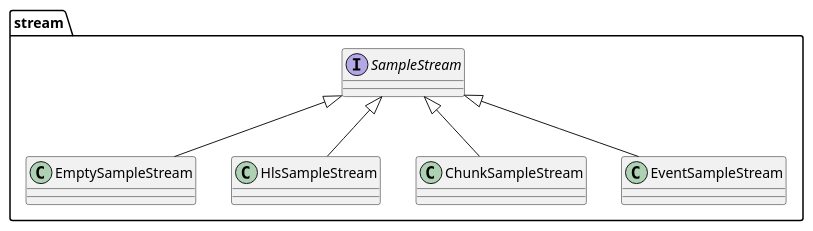
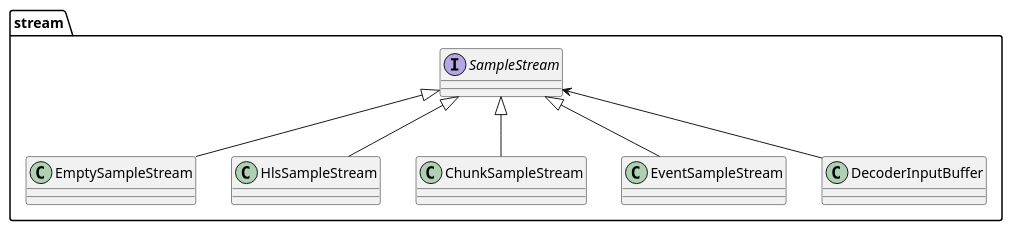
One commit to tdounnyy/exoplayer_note changed the diagram in uml/stream.puml. Above: the diagram before and after it, drawn with PlantUML. The commit also changed 4 other files, not shown here.

```diff
--- a/uml/stream.puml
+++ b/uml/stream.puml
@@ -1,17 +1,18 @@
 @startuml
 'A stream of media samples (and associated format information)
 package stream{
 
 interface SampleStream
 
 class EmptySampleStream
 class HlsSampleStream
 class ChunkSampleStream
 class EventSampleStream
 
 SampleStream <|-- EmptySampleStream
 SampleStream <|-- HlsSampleStream
 SampleStream <|-- ChunkSampleStream
 SampleStream <|-- EventSampleStream
+SampleStream <-- DecoderInputBuffer
 }
 @enduml
```
